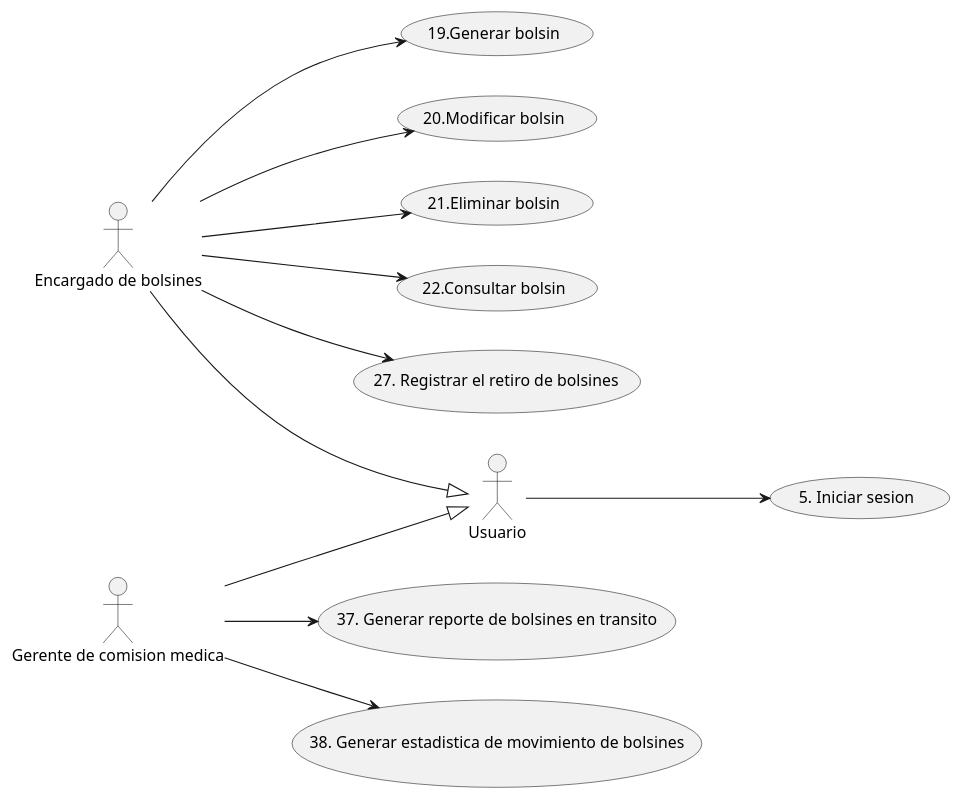
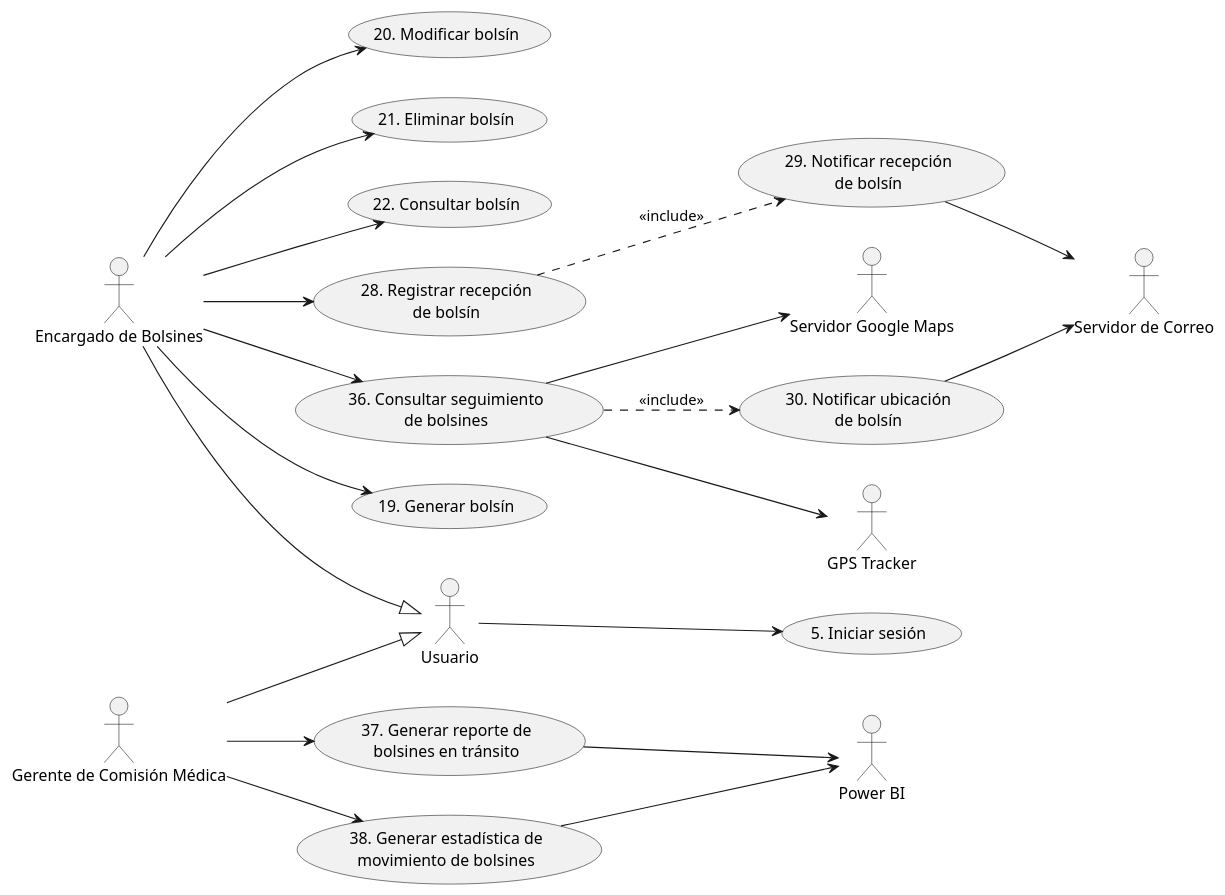
Before and after one commit to FabrizioRava/PPAI-2026-Grupo1: the diagram in vistasArquitectónicas/vistaFuncionalidad.plantuml, drawn with PlantUML. The commit also changed 17 other files, not shown here.

```diff
--- a/vistasArquitectónicas/vistaFuncionalidad.plantuml
+++ b/vistasArquitectónicas/vistaFuncionalidad.plantuml
@@ -1,29 +1,48 @@
-@startuml usecaseDiagram
+@startuml VistaFuncionalidad
 left to right direction
 
-actor "Encargado de bolsines" as EB
-actor "Gerente de comision medica" as GM
 actor "Usuario" as U
+actor "Encargado de Bolsines" as EB
+actor "Gerente de Comisión Médica" as GM
+actor "Servidor de Correo" as SC
+actor "GPS Tracker" as GPS
+actor "Servidor Google Maps" as SGM
+actor "Power BI" as PBI
 
-usecase "19.Generar bolsin" as U19
-usecase "20.Modificar bolsin" as U20
-usecase "21.Eliminar bolsin" as U21
-usecase "22.Consultar bolsin" as U22
-usecase "5. Iniciar sesion" as U5
-usecase "37. Generar reporte de bolsines en transito" as U37
-usecase "38. Generar estadistica de movimiento de bolsines" as U38
-usecase "27. Registrar el retiro de bolsines" as U27
+usecase "5. Iniciar sesión" as U5
+usecase "19. Generar bolsín" as U19
+usecase "20. Modificar bolsín" as U20
+usecase "21. Eliminar bolsín" as U21
+usecase "22. Consultar bolsín" as U22
+usecase "28. Registrar recepción\nde bolsín" as U28
+usecase "29. Notificar recepción\nde bolsín" as U29
+usecase "36. Consultar seguimiento\nde bolsines" as U36
+usecase "30. Notificar ubicación\nde bolsín" as U30
+usecase "37. Generar reporte de\nbolsines en tránsito" as U37
+usecase "38. Generar estadística de\nmovimiento de bolsines" as U38
 
-EB --|>U
-GM --|>U
+EB --|> U
+GM --|> U
 
 U --> U5
+
 EB --> U19
 EB --> U20
 EB --> U21
 EB --> U22
-EB --> U27
+EB --> U28
+EB --> U36
+
+U28 ..> U29 : <<include>>
+U36 ..> U30 : <<include>>
 
 GM --> U37
 GM --> U38
+
+U29 --> SC
+U30 --> SC
+U36 --> GPS
+U36 --> SGM
+U37 --> PBI
+U38 --> PBI
 @enduml
```
